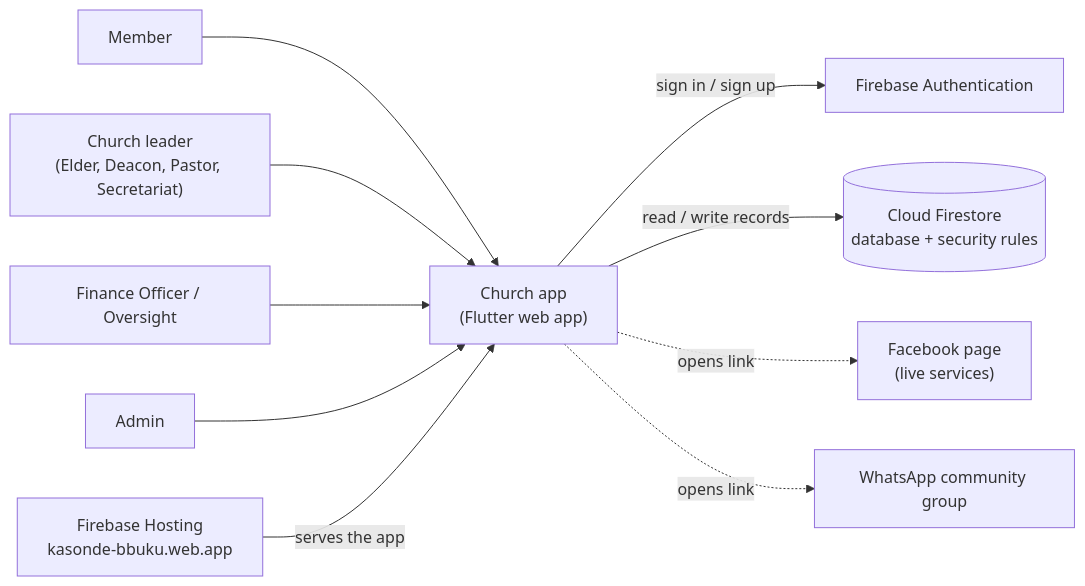
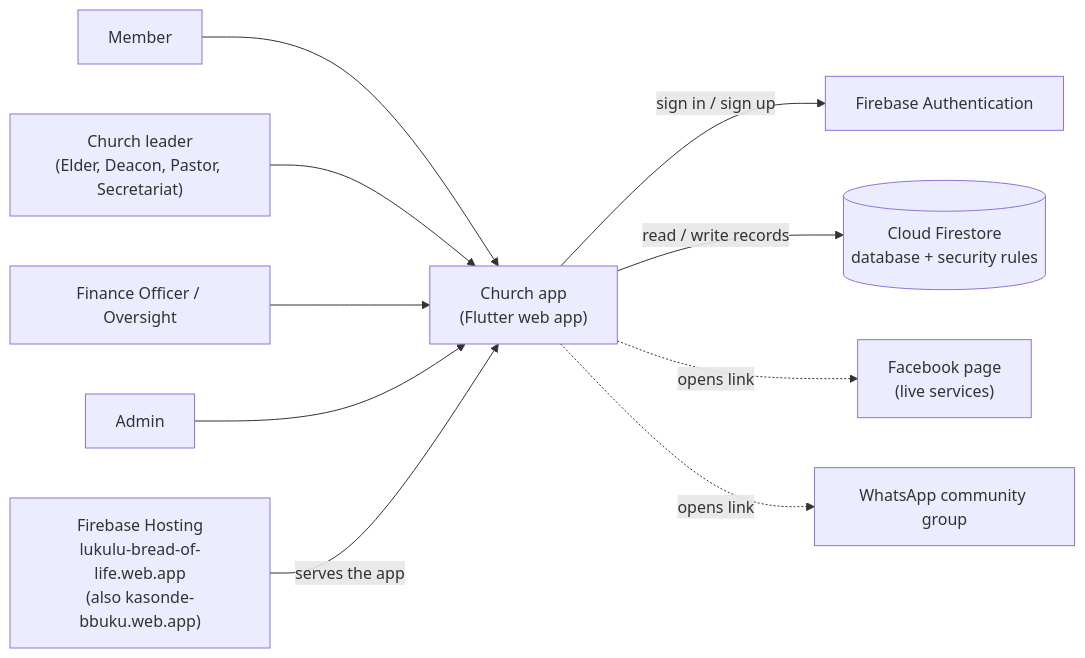
Before and after one commit to kasondebbuku-spec/Lukulu-Bread-of-Life-Church: the first of 6 diagrams in docs/ARCHITECTURE.md, drawn with Mermaid. The commit also changed other lines of this file and 2 other files, not shown here.

Commit message:
Point docs at the church-named site and document prayer-request ownership
The share link is now https://lukulu-bread-of-life.web.app. The manual and
architecture security table also describe that members can edit, answer and
delete their own prayer requests while leaders only moderate.

````diff
--- a/docs/ARCHITECTURE.md
+++ b/docs/ARCHITECTURE.md
@@ -7,26 +7,26 @@
 ```mermaid
 flowchart LR
     member["Member"]
     leader["Church leader<br/>(Elder, Deacon, Pastor, Secretariat)"]
     finance["Finance Officer / Oversight"]
     admin["Admin"]
 
     app["Church app<br/>(Flutter web app)"]
 
     auth["Firebase Authentication"]
     db[("Cloud Firestore<br/>database + security rules")]
-    host["Firebase Hosting<br/>kasonde-bbuku.web.app"]
+    host["Firebase Hosting<br/>lukulu-bread-of-life.web.app<br/>(also kasonde-bbuku.web.app)"]
     fb["Facebook page<br/>(live services)"]
     wa["WhatsApp community group"]
 
     member --> app
     leader --> app
     finance --> app
     admin --> app
 
     app -- "sign in / sign up" --> auth
     app -- "read / write records" --> db
     host -- "serves the app" --> app
     app -. "opens link" .-> fb
     app -. "opens link" .-> wa
 ```
````
